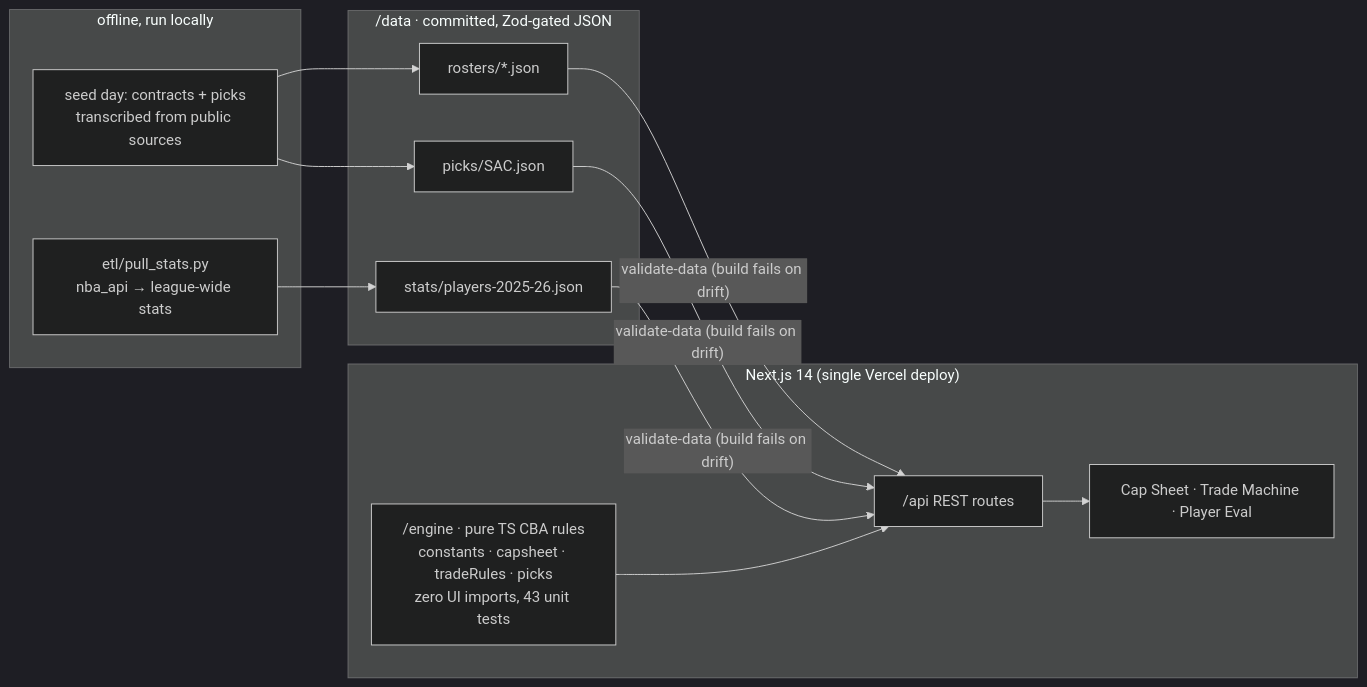
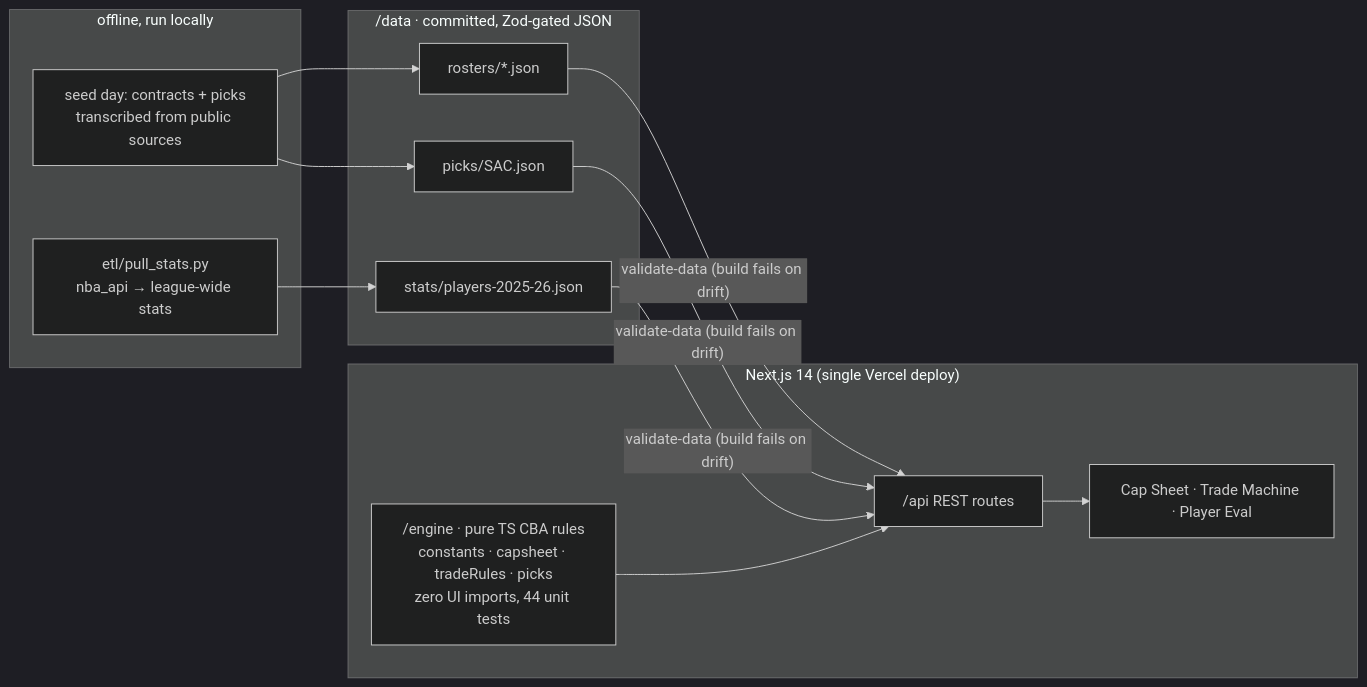
The diagram in README.md (aaguasvivas/the-cap-room), drawn with Mermaid (dark theme) before and after one commit. The commit also changed other lines of this file and 21 other files, not shown here.

````diff
--- a/README.md
+++ b/README.md
@@ -43,23 +43,23 @@
 ```mermaid
 flowchart LR
     subgraph offline["offline, run locally"]
         ETL["etl/pull_stats.py<br/>nba_api → league-wide stats"]
         SEED["seed day: contracts + picks<br/>transcribed from public sources"]
     end
     subgraph repo["/data · committed, Zod-gated JSON"]
         R["rosters/*.json"]
         P["picks/SAC.json"]
         S["stats/players-2025-26.json"]
     end
     subgraph app["Next.js 14 (single Vercel deploy)"]
-        ENGINE["/engine · pure TS CBA rules<br/>constants · capsheet · tradeRules · picks<br/>zero UI imports, 43 unit tests"]
+        ENGINE["/engine · pure TS CBA rules<br/>constants · capsheet · tradeRules · picks<br/>zero UI imports, 44 unit tests"]
         API["/api REST routes"]
         UI["Cap Sheet · Trade Machine · Player Eval"]
     end
     ETL --> S
     SEED --> R
     SEED --> P
     R & P & S -->|"validate-data (build fails on drift)"| API
     ENGINE --> API
     API --> UI
 ```
````
